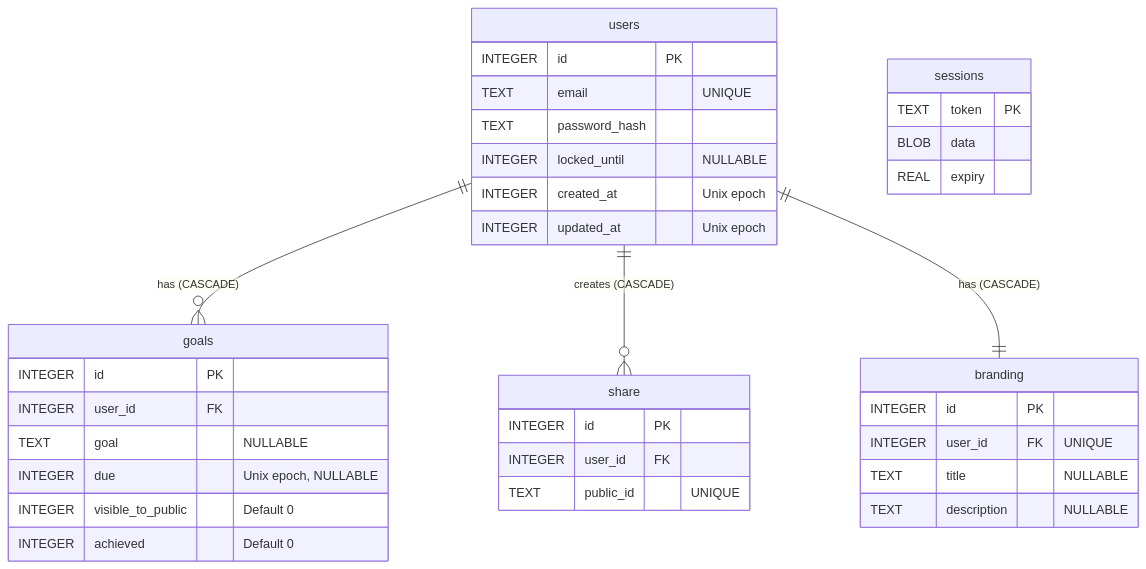
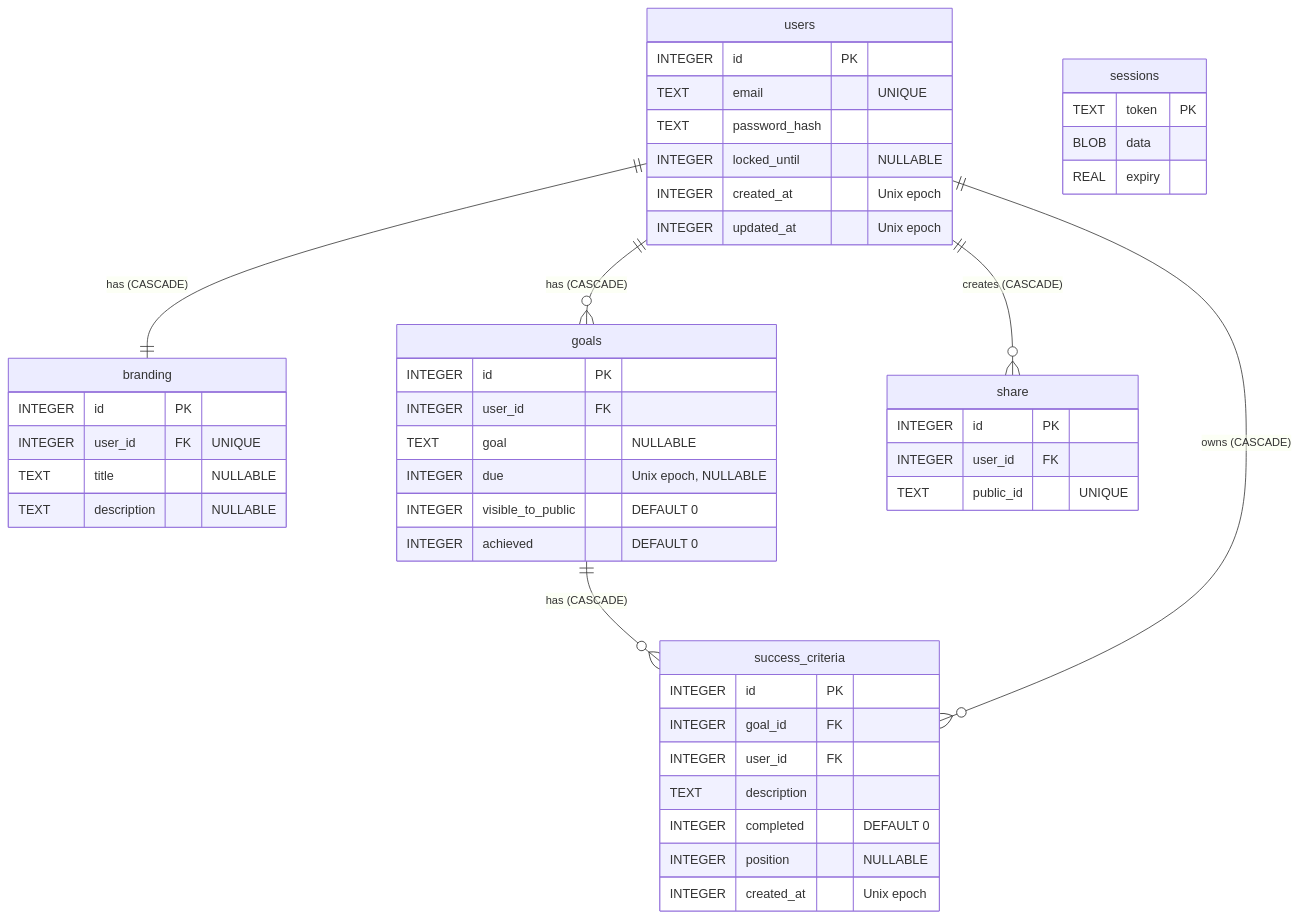
One commit to bit8bytes/goalkeepr changed the diagram in wiki/README.md. Above: the diagram before and after it, drawn with Mermaid. The commit also changed 21 other files, not shown here.

Commit message:
feat: success criteria #50

````diff
--- a/wiki/README.md
+++ b/wiki/README.md
@@ -22,43 +22,55 @@
 ```mermaid
 erDiagram
     users {
         INTEGER id PK
         TEXT email "UNIQUE"
         TEXT password_hash
         INTEGER locked_until "NULLABLE"
         INTEGER created_at "Unix epoch"
         INTEGER updated_at "Unix epoch"
     }
 
     branding {
         INTEGER id PK
         INTEGER user_id FK "UNIQUE"
         TEXT title "NULLABLE"
         TEXT description "NULLABLE"
     }
 
     goals {
         INTEGER id PK
         INTEGER user_id FK
         TEXT goal "NULLABLE"
         INTEGER due "Unix epoch, NULLABLE"
-        INTEGER visible_to_public "Default 0"
-        INTEGER achieved "Default 0"
+        INTEGER visible_to_public "DEFAULT 0"
+        INTEGER achieved "DEFAULT 0"
     }
 
     share {
         INTEGER id PK
         INTEGER user_id FK
         TEXT public_id "UNIQUE"
     }
 
     sessions {
         TEXT token PK
         BLOB data
         REAL expiry
     }
 
+    success_criteria {
+        INTEGER id PK
+        INTEGER goal_id FK
+        INTEGER user_id FK
+        TEXT description
+        INTEGER completed "DEFAULT 0"
+        INTEGER position "NULLABLE"
+        INTEGER created_at "Unix epoch"
+    }
+
     users ||--o{ goals : "has (CASCADE)"
     users ||--o{ share : "creates (CASCADE)"
     users ||--|| branding : "has (CASCADE)"
+    goals ||--o{ success_criteria : "has (CASCADE)"
+    users ||--o{ success_criteria : "owns (CASCADE)"
 ```
````
